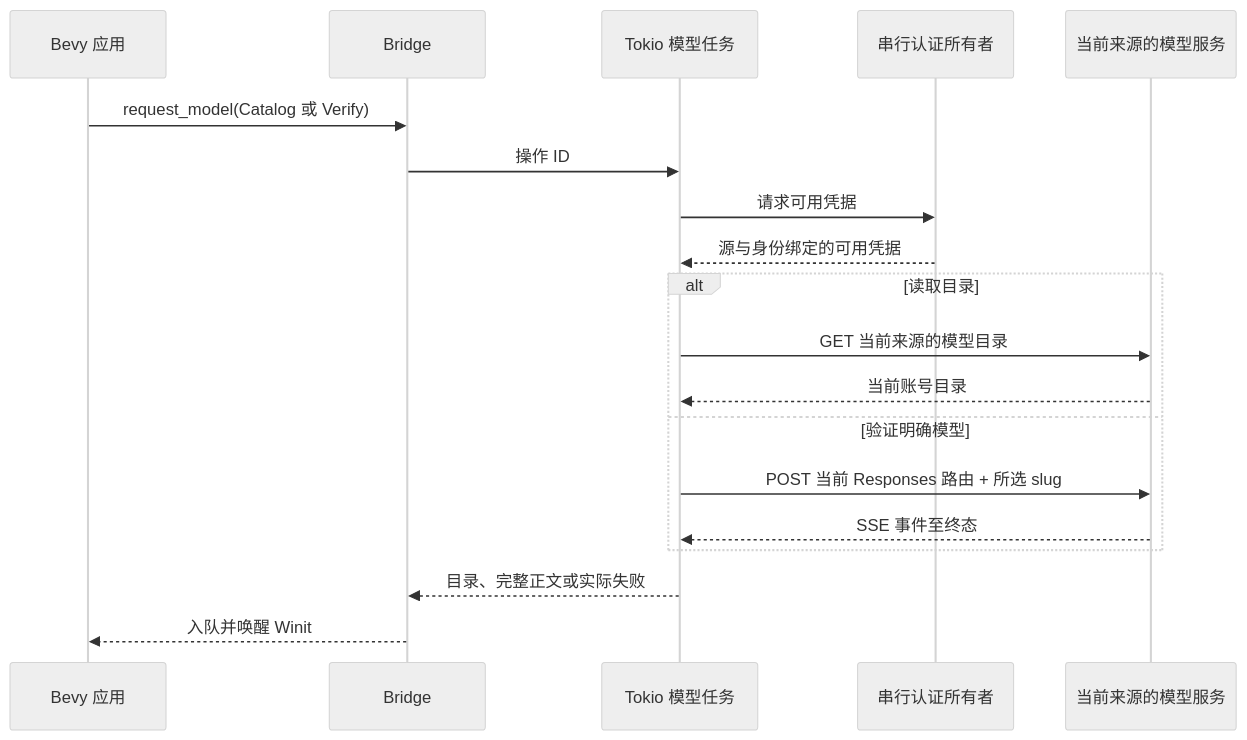
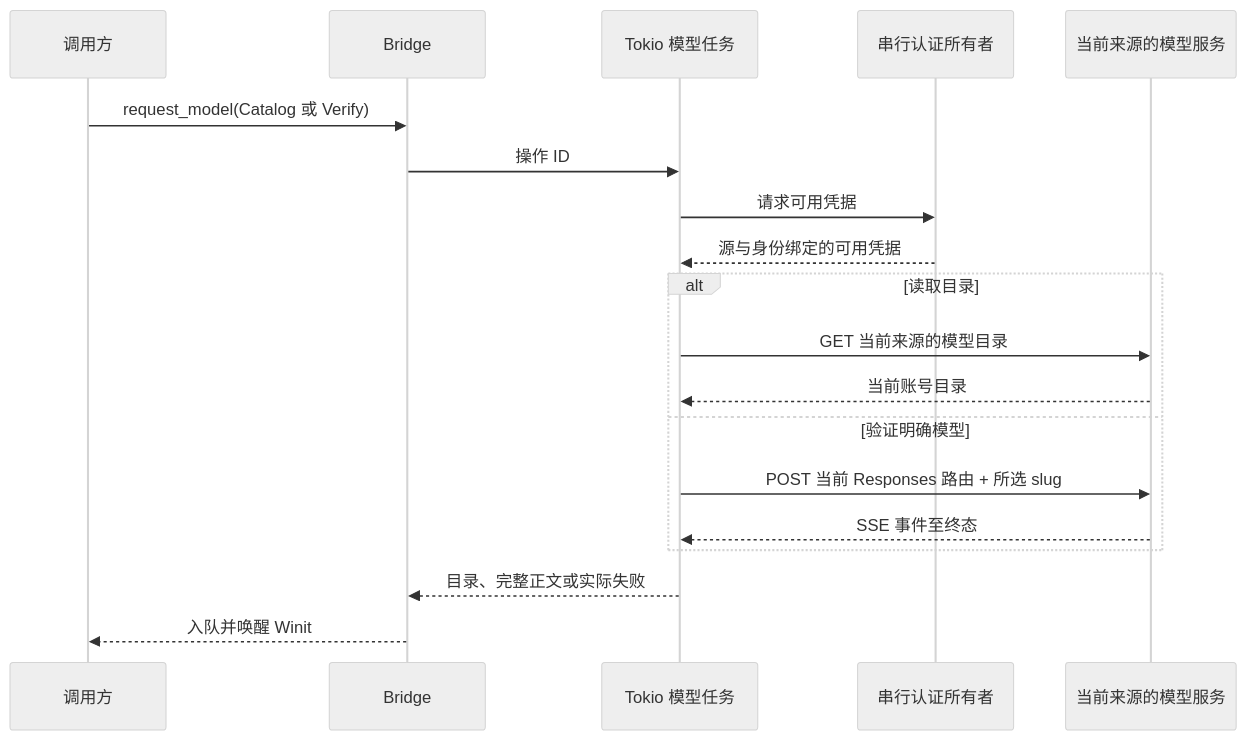
Before and after one commit to slc90/Agentelier: the diagram in docs/design/modules/model-request.md, drawn with Mermaid (neutral theme). The commit also changed other lines of this file and 54 other files, not shown here.

````diff
--- a/docs/design/modules/model-request.md
+++ b/docs/design/modules/model-request.md
@@ -5,21 +5,21 @@
 ```mermaid
 sequenceDiagram
-    participant App as Bevy 应用
+    participant App as 调用方
     participant Bridge as Bridge
     participant Model as Tokio 模型任务
     participant Auth as 串行认证所有者
     participant API as 当前来源的模型服务
     App->>Bridge: request_model(Catalog 或 Verify)
     Bridge->>Model: 操作 ID
     Model->>Auth: 请求可用凭据
     Auth-->>Model: 源与身份绑定的可用凭据
     alt 读取目录
         Model->>API: GET 当前来源的模型目录
         API-->>Model: 当前账号目录
     else 验证明确模型
         Model->>API: POST 当前 Responses 路由 + 所选 slug
         API-->>Model: SSE 事件至终态
     end
     Model-->>Bridge: 目录、完整正文或实际失败
     Bridge-->>App: 入队并唤醒 Winit
 ```
````
